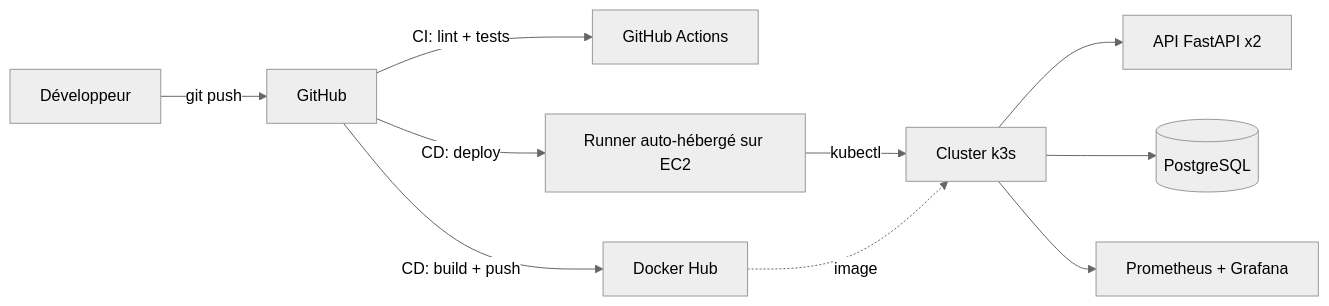
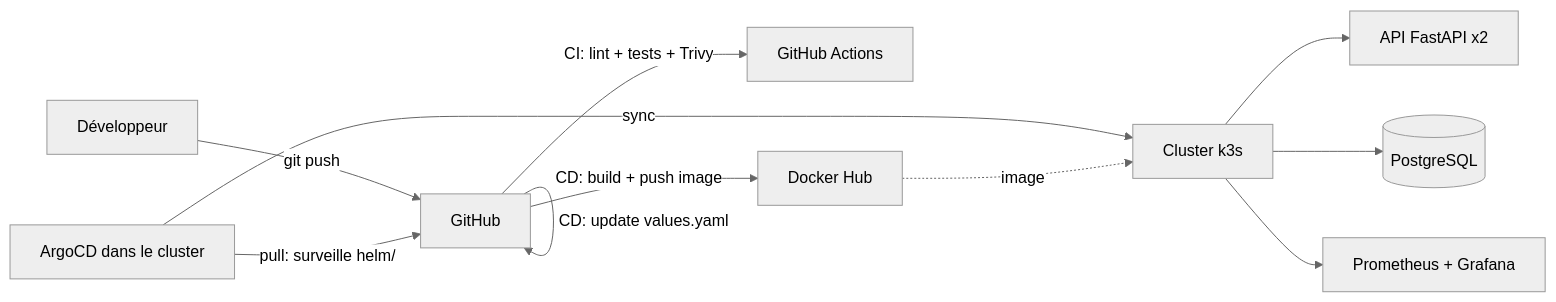
Before and after one commit to MT-DAKT/devops-starter-kit: the diagram in README.md, drawn with Mermaid (neutral theme). The commit also changed other lines of this file and 2 other files, not shown here.

Commit message:
docs: met à jour architecture/deploy/README pour Helm et Trivy

````diff
--- a/README.md
+++ b/README.md
@@ -23,12 +25,13 @@
 ```mermaid
 flowchart LR
     Dev[Développeur] -->|git push| GH[GitHub]
-    GH -->|CI: lint + tests| CI[GitHub Actions]
-    GH -->|CD: build + push| Docker[Docker Hub]
-    GH -->|CD: deploy| Runner[Runner auto-hébergé sur EC2]
-    Runner -->|kubectl| K3s[Cluster k3s]
+    GH -->|CI: lint + tests + Trivy| CI[GitHub Actions]
+    GH -->|CD: build + push image| Docker[Docker Hub]
+    GH -->|CD: update values.yaml| GH
+    ArgoCD[ArgoCD dans le cluster] -->|pull: surveille helm/| GH
+    ArgoCD -->|sync| K3s[Cluster k3s]
     Docker -.image.-> K3s
     K3s --> API[API FastAPI x2]
     K3s --> PG[(PostgreSQL)]
     K3s --> Mon[Prometheus + Grafana]
 ```
````
